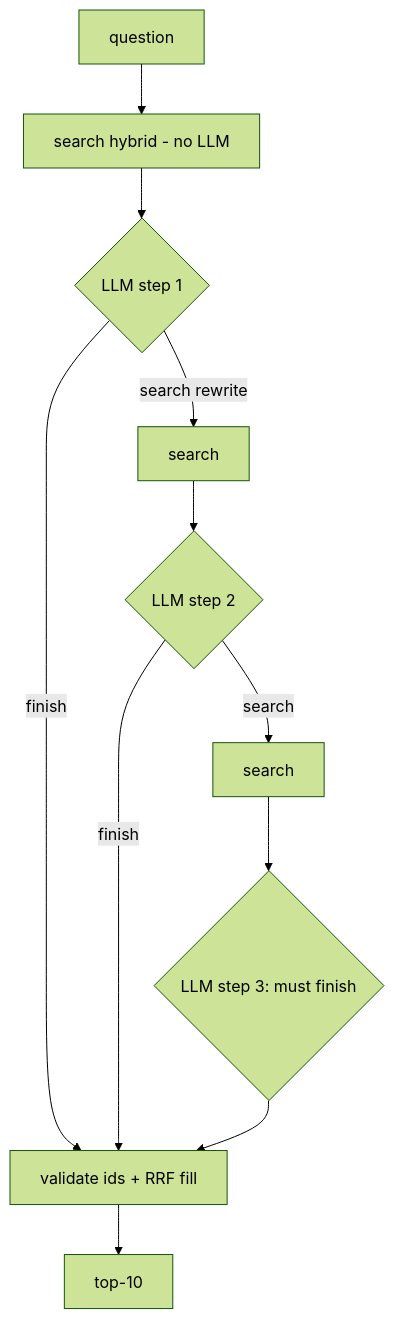
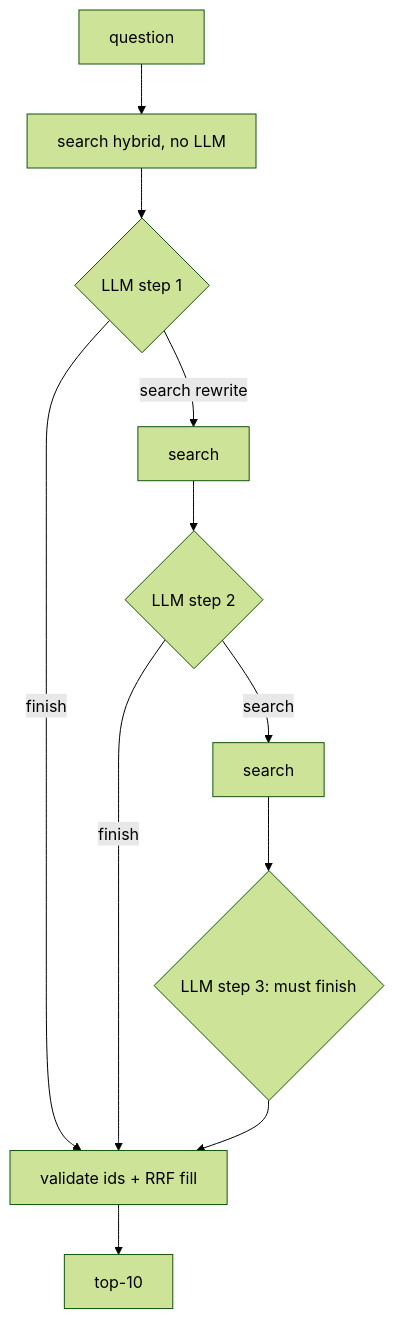
The diagram in docs/12_single_agent.md (node31/fiqa-agentic-retrieval), drawn with Mermaid (forest theme) before and after one commit. The commit also changed other lines of this file and 38 other files, not shown here.

````diff
--- a/docs/12_single_agent.md
+++ b/docs/12_single_agent.md
@@ -24,10 +17,10 @@
 ```mermaid
 flowchart TD
-  Q[question] --> S0[search hybrid - no LLM]
-  S0 --> L1{LLM step 1}
-  L1 -- finish --> F[validate ids + RRF fill]
-  L1 -- search rewrite --> S1[search] --> L2{LLM step 2}
+  Q["question"] --> S0["search hybrid, no LLM"]
+  S0 --> L1{"LLM step 1"}
+  L1 -- finish --> F["validate ids + RRF fill"]
+  L1 -- "search rewrite" --> S1["search"] --> L2{"LLM step 2"}
   L2 -- finish --> F
-  L2 -- search --> S2[search] --> L3{LLM step 3: must finish} --> F
-  F --> T[top-10]
+  L2 -- search --> S2["search"] --> L3{"LLM step 3: must finish"} --> F
+  F --> T["top-10"]
 ```
````
